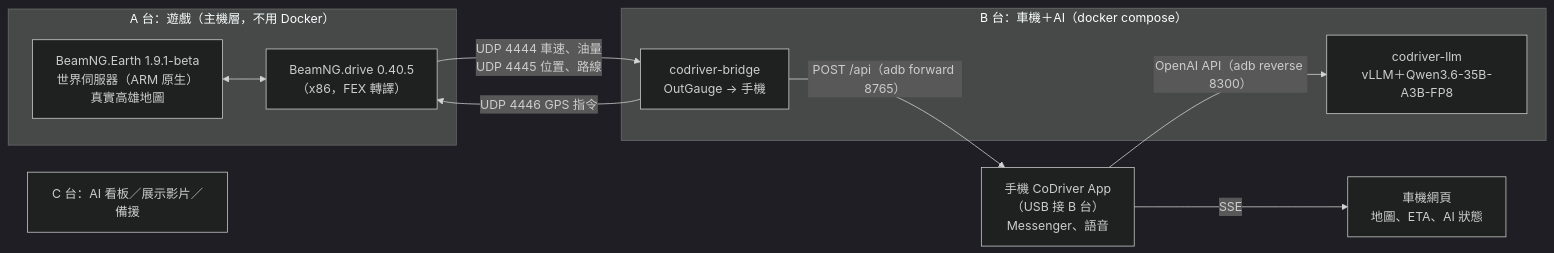
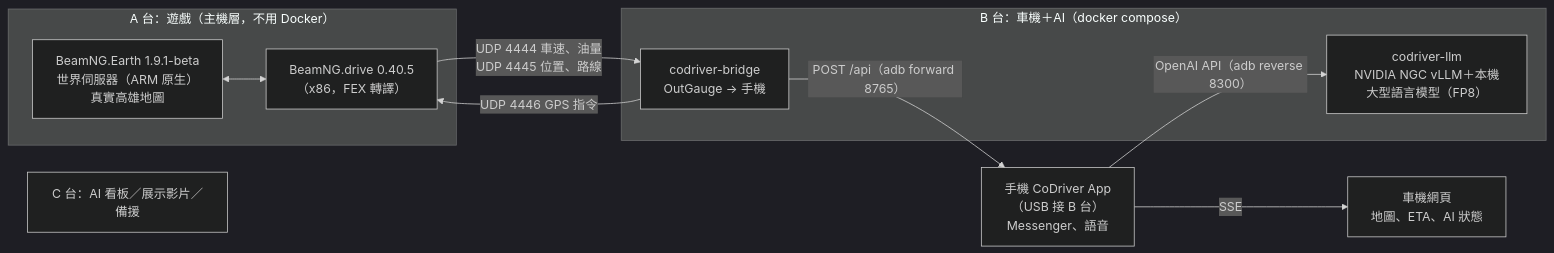
One commit to zevlu/ChatReader changed the diagram in README.md. Above: the diagram before and after it, drawn with Mermaid (dark theme). The commit also changed other lines of this file and 10 other files, not shown here.

````diff
--- a/README.md
+++ b/README.md
@@ -34,20 +34,20 @@
 ```mermaid
 flowchart LR
   subgraph A["A 台：遊戲（主機層，不用 Docker）"]
     G["BeamNG.drive 0.40.5<br/>（x86，FEX 轉譯）"]
     E["BeamNG.Earth 1.9.1-beta<br/>世界伺服器（ARM 原生）<br/>真實高雄地圖"]
     E <--> G
   end
   subgraph B["B 台：車機＋AI（docker compose）"]
     BR["codriver-bridge<br/>OutGauge → 手機"]
-    LLM["codriver-llm<br/>vLLM＋Qwen3.6-35B-A3B-FP8"]
+    LLM["codriver-llm<br/>NVIDIA NGC vLLM＋本機大型語言模型（FP8）"]
   end
   P["手機 CoDriver App<br/>（USB 接 B 台）<br/>Messenger、語音"]
   W["車機網頁<br/>地圖、ETA、AI 狀態"]
   C["C 台：AI 看板／展示影片／備援"]
   G -- "UDP 4444 車速、油量<br/>UDP 4445 位置、路線" --> BR
   BR -- "UDP 4446 GPS 指令" --> G
   BR -- "POST /api（adb forward 8765）" --> P
   P -- "OpenAI API（adb reverse 8300）" --> LLM
   P -- "SSE" --> W
 ```
````
